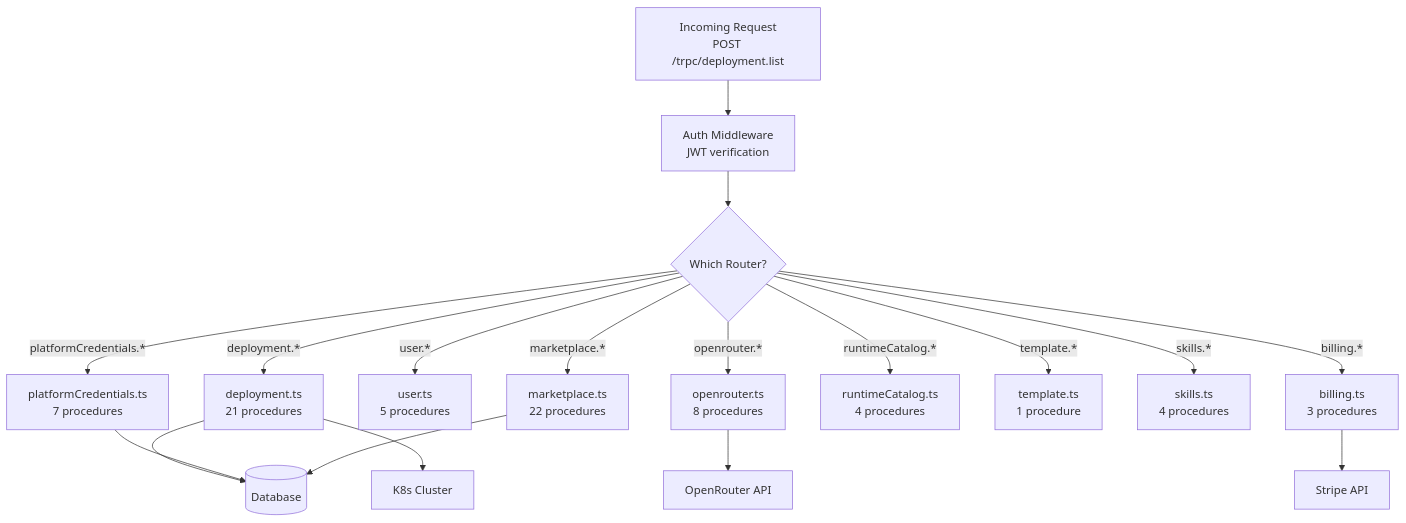
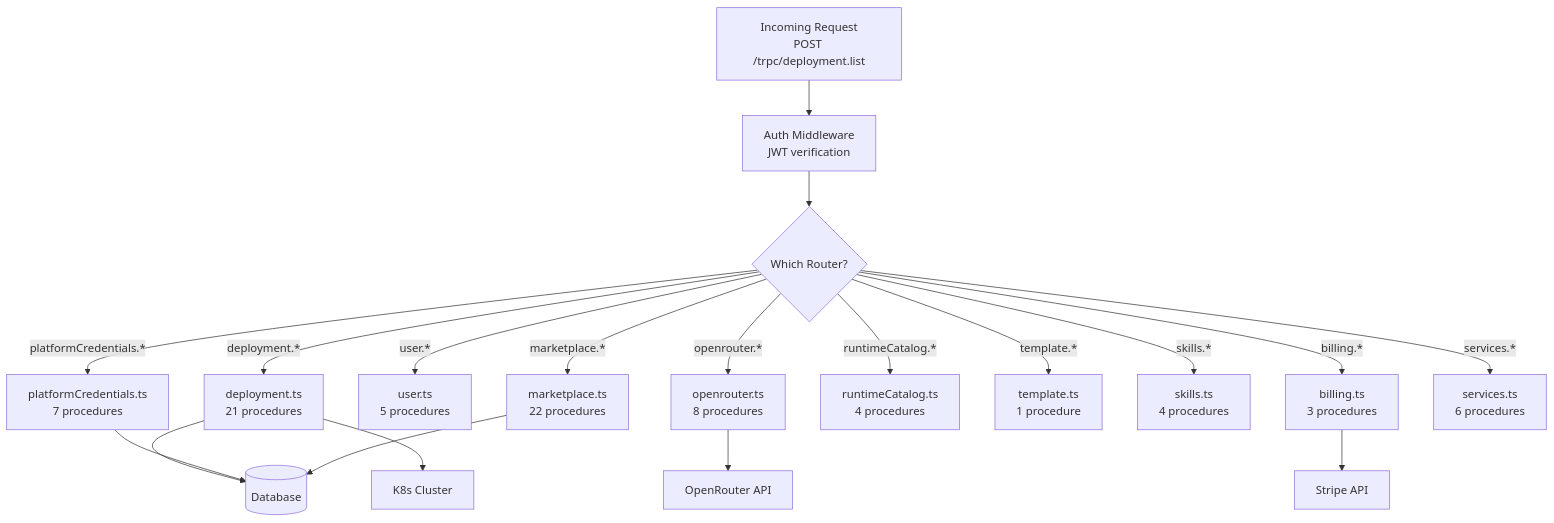
Before and after one commit to Bretthb/jarble: the fifth of 32 diagrams in DEVELOPER-GUIDE.md, drawn with Mermaid. The commit also changed other lines of this file and 39 other files, not shown here.

````diff
--- a/DEVELOPER-GUIDE.md
+++ b/DEVELOPER-GUIDE.md
@@ -324,22 +336,23 @@
 ```mermaid
 graph TD
     REQ["Incoming Request<br/>POST /trpc/deployment.list"] --> MW["Auth Middleware<br/>JWT verification"]
     MW --> ROUTER{"Which Router?"}
 
     ROUTER -->|"deployment.*"| DEPLOY["deployment.ts<br/>21 procedures"]
     ROUTER -->|"openrouter.*"| OR["openrouter.ts<br/>8 procedures"]
     ROUTER -->|"user.*"| USER["user.ts<br/>5 procedures"]
     ROUTER -->|"billing.*"| BILL["billing.ts<br/>3 procedures"]
     ROUTER -->|"platformCredentials.*"| PLAT["platformCredentials.ts<br/>7 procedures"]
     ROUTER -->|"runtimeCatalog.*"| RUNTIME["runtimeCatalog.ts<br/>4 procedures"]
     ROUTER -->|"template.*"| TMPL["template.ts<br/>1 procedure"]
     ROUTER -->|"skills.*"| SKILLS["skills.ts<br/>4 procedures"]
     ROUTER -->|"marketplace.*"| MKT["marketplace.ts<br/>22 procedures"]
+    ROUTER -->|"services.*"| SVC["services.ts<br/>6 procedures"]
 
     DEPLOY --> DB[("Database")]
     DEPLOY --> K8S["K8s Cluster"]
     OR --> ORAPI["OpenRouter API"]
     BILL --> STRIPE_API["Stripe API"]
     PLAT --> DB
     MKT --> DB
 ```
````
